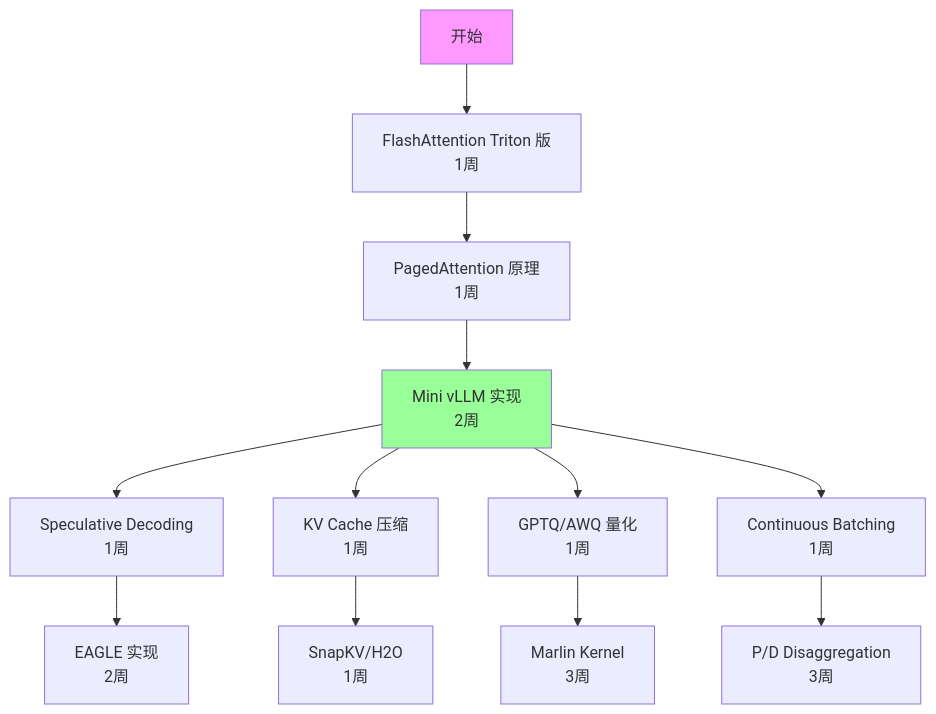
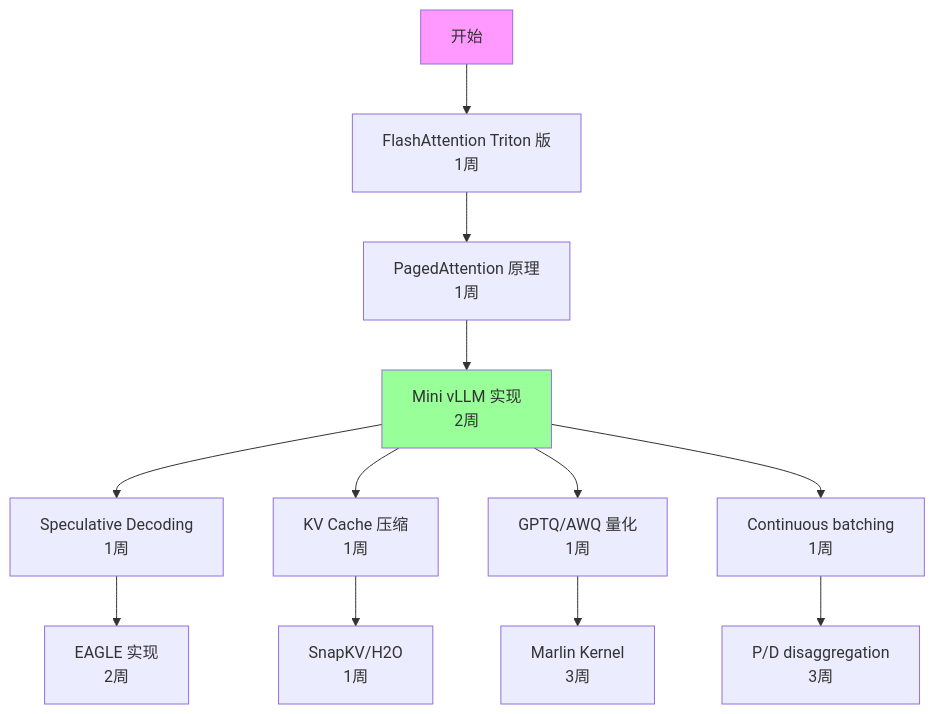
One commit to yuancaoyaoHW/Awesome-LLM-Inference changed the diagram in reports/12_reproduction_plan.md. Above: the diagram before and after it, drawn with Mermaid. The commit also changed other lines of this file and 21 other files, not shown here.

````diff
--- a/reports/12_reproduction_plan.md
+++ b/reports/12_reproduction_plan.md
@@ -152,18 +152,18 @@
 ```mermaid
 graph TD
     START[开始] --> FA[FlashAttention Triton 版<br/>1周]
     FA --> PA[PagedAttention 原理<br/>1周]
     PA --> VLLM[Mini vLLM 实现<br/>2周]
     VLLM --> SD[Speculative Decoding<br/>1周]
     VLLM --> KV[KV Cache 压缩<br/>1周]
     VLLM --> QUANT[GPTQ/AWQ 量化<br/>1周]
     SD --> EAGLE[EAGLE 实现<br/>2周]
     KV --> SNAP[SnapKV/H2O<br/>1周]
     QUANT --> MARLIN[Marlin Kernel<br/>3周]
     
-    VLLM --> CB[Continuous Batching<br/>1周]
-    CB --> PD[P/D Disaggregation<br/>3周]
+    VLLM --> CB[Continuous batching<br/>1周]
+    CB --> PD[P/D disaggregation<br/>3周]
     
     style START fill:#f9f
     style VLLM fill:#9f9
 ```
````
